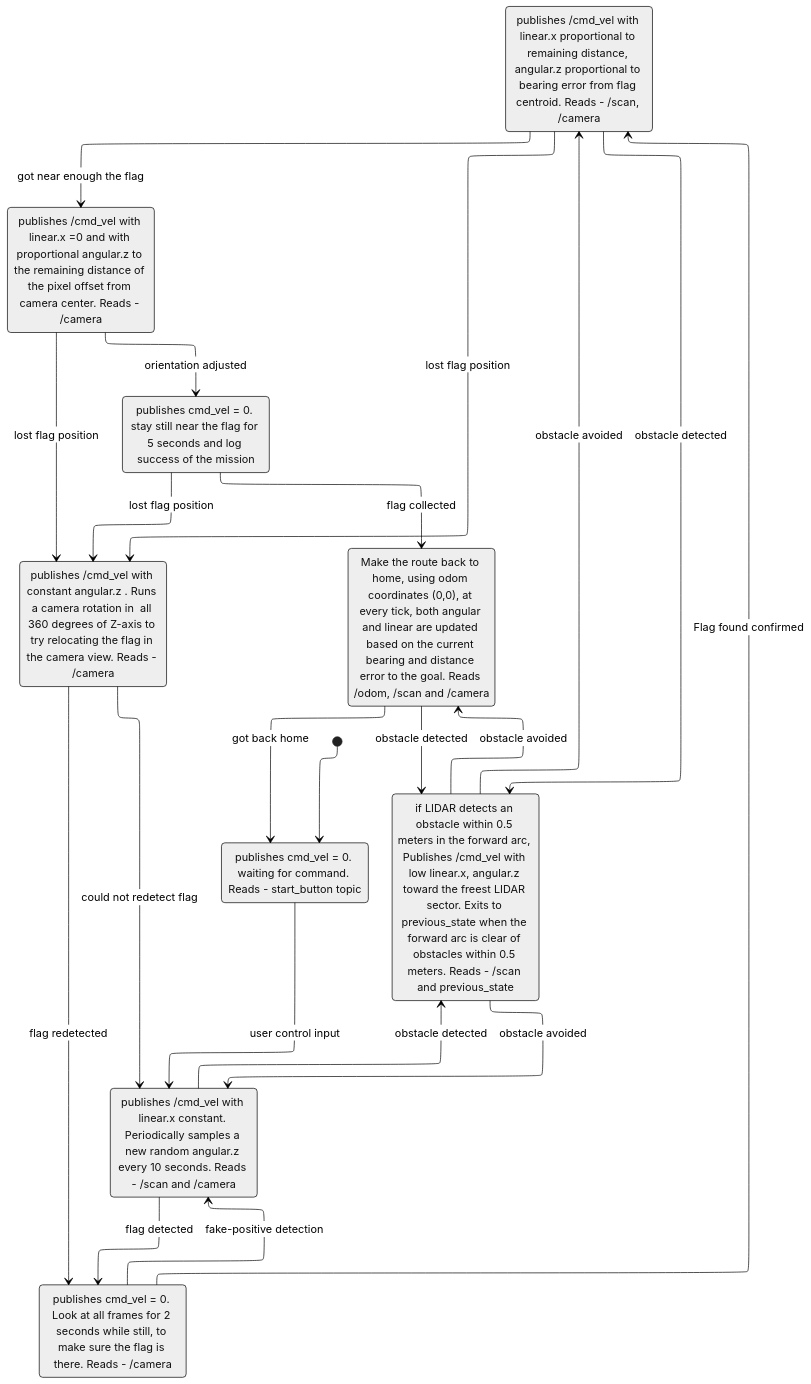
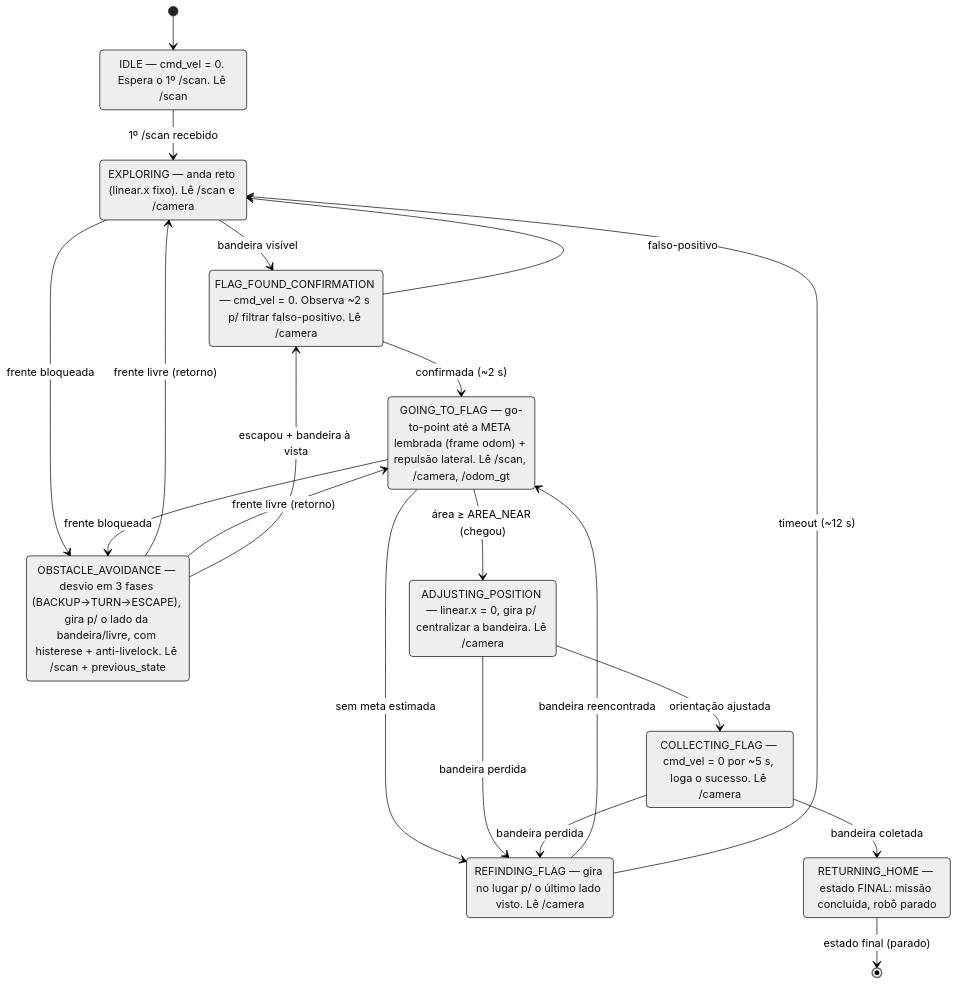
The diagram in fsm-diagram.md (Davi-nAraujo/capture_the_flag), drawn with Mermaid (neutral theme) before and after one commit. The commit also changed other lines of this file and 8 other files, not shown here.

````diff
--- a/fsm-diagram.md
+++ b/fsm-diagram.md
@@ -1,56 +8,42 @@
 ```mermaid
----
-config:
-    layout: elk
----
 stateDiagram-v2
 
-    IDLE : publishes cmd_vel = 0. waiting for command. Reads - start_button topic
-    
-    EXPLORING : publishes /cmd_vel with linear.x constant. Periodically samples a new random angular.z every 10 seconds. Reads - /scan and /camera
-
-    OBSTACLE_AVOIDANCE : if LIDAR detects an obstacle within 0.5 meters in the forward arc, Publishes /cmd_vel with low linear.x, angular.z toward the freest LIDAR sector. Exits to previous_state when the forward arc is clear of obstacles within 0.5 meters. Reads - /scan and previous_state
-    
-    FLAG_FOUND_CONFIRMATION : publishes cmd_vel = 0. Look at all frames for 2 seconds while still, to make sure the flag is there. Reads - /camera
-
-    GOING_TO_FLAG : publishes /cmd_vel with linear.x proportional to remaining distance, angular.z proportional to bearing error from flag centroid. Reads - /scan, /camera
-
-    REFINDING_FLAG : publishes /cmd_vel with constant angular.z . Runs a camera rotation in  all 360 degrees of Z-axis to try relocating the flag in the camera view. Reads - /camera
-
-    ADJUSTING_POSITION_TO_COLLECT_FLAG : publishes /cmd_vel with linear.x =0 and with proportional angular.z to the remaining distance of the pixel offset from camera center. Reads - /camera
-
-    COLLECTING_FLAG : publishes cmd_vel = 0. stay still near the flag for 5 seconds and log success of the mission
-
-    RETURNING_HOME : Make the route back to home, using odom coordinates (0,0), at every tick, both angular and linear are updated based on the current bearing and distance error to the goal. Reads /odom, /scan and /camera
+    IDLE : IDLE — cmd_vel = 0. Espera o 1º /scan. Lê /scan
+    EXPLORING : EXPLORING — anda reto (linear.x fixo). Lê /scan e /camera
+    OBSTACLE_AVOIDANCE : OBSTACLE_AVOIDANCE — desvio em 3 fases (BACKUP→TURN→ESCAPE), gira p/ o lado da bandeira/livre, com histerese + anti-livelock. Lê /scan + previous_state
+    FLAG_FOUND_CONFIRMATION : FLAG_FOUND_CONFIRMATION — cmd_vel = 0. Observa ~2 s p/ filtrar falso-positivo. Lê /camera
+    GOING_TO_FLAG : GOING_TO_FLAG — go-to-point até a META lembrada (frame odom) + repulsão lateral. Lê /scan, /camera, /odom_gt
+    REFINDING_FLAG : REFINDING_FLAG — gira no lugar p/ o último lado visto. Lê /camera
+    ADJUSTING_POSITION_TO_COLLECT_FLAG : ADJUSTING_POSITION — linear.x = 0, gira p/ centralizar a bandeira. Lê /camera
+    COLLECTING_FLAG : COLLECTING_FLAG — cmd_vel = 0 por ~5 s, loga o sucesso. Lê /camera
+    RETURNING_HOME : RETURNING_HOME — estado FINAL: missão concluída, robô parado
 
     [*] --> IDLE
 
-    IDLE --> EXPLORING : user control input
+    IDLE --> EXPLORING : 1º /scan recebido
 
-    EXPLORING --> FLAG_FOUND_CONFIRMATION : flag detected
-    EXPLORING --> OBSTACLE_AVOIDANCE : obstacle detected
+    EXPLORING --> FLAG_FOUND_CONFIRMATION : bandeira visível
+    EXPLORING --> OBSTACLE_AVOIDANCE : frente bloqueada
 
-    OBSTACLE_AVOIDANCE --> EXPLORING : obstacle avoided
-    OBSTACLE_AVOIDANCE --> GOING_TO_FLAG : obstacle avoided
-    OBSTACLE_AVOIDANCE --> RETURNING_HOME : obstacle avoided
+    OBSTACLE_AVOIDANCE --> EXPLORING : frente livre (retorno)
+    OBSTACLE_AVOIDANCE --> GOING_TO_FLAG : frente livre (retorno)
+    OBSTACLE_AVOIDANCE --> FLAG_FOUND_CONFIRMATION : escapou + bandeira à vista
 
-    FLAG_FOUND_CONFIRMATION --> EXPLORING : fake-positive detection
-    FLAG_FOUND_CONFIRMATION --> GOING_TO_FLAG : Flag found confirmed
+    FLAG_FOUND_CONFIRMATION --> GOING_TO_FLAG : confirmada (~2 s)
+    FLAG_FOUND_CONFIRMATION --> EXPLORING : falso-positivo
 
-    GOING_TO_FLAG --> REFINDING_FLAG : lost flag position
-    GOING_TO_FLAG --> ADJUSTING_POSITION_TO_COLLECT_FLAG : got near enough the flag
-    GOING_TO_FLAG --> OBSTACLE_AVOIDANCE : obstacle detected
+    GOING_TO_FLAG --> ADJUSTING_POSITION_TO_COLLECT_FLAG : área ≥ AREA_NEAR (chegou)
+    GOING_TO_FLAG --> OBSTACLE_AVOIDANCE : frente bloqueada
+    GOING_TO_FLAG --> REFINDING_FLAG : sem meta estimada
 
-    REFINDING_FLAG -->EXPLORING : could not redetect flag
-    REFINDING_FLAG -->FLAG_FOUND_CONFIRMATION : flag redetected
+    REFINDING_FLAG --> GOING_TO_FLAG : bandeira reencontrada
+    REFINDING_FLAG --> EXPLORING : timeout (~12 s)
 
-    ADJUSTING_POSITION_TO_COLLECT_FLAG --> COLLECTING_FLAG : orientation adjusted
-    ADJUSTING_POSITION_TO_COLLECT_FLAG --> REFINDING_FLAG : lost flag position
+    ADJUSTING_POSITION_TO_COLLECT_FLAG --> COLLECTING_FLAG : orientação ajustada
+    ADJUSTING_POSITION_TO_COLLECT_FLAG --> REFINDING_FLAG : bandeira perdida
 
-    COLLECTING_FLAG --> RETURNING_HOME : flag collected
-    COLLECTING_FLAG --> REFINDING_FLAG : lost flag position
+    COLLECTING_FLAG --> RETURNING_HOME : bandeira coletada
+    COLLECTING_FLAG --> REFINDING_FLAG : bandeira perdida
 
-    RETURNING_HOME --> IDLE : got back home
-    RETURNING_HOME --> OBSTACLE_AVOIDANCE : obstacle detected
-
+    RETURNING_HOME --> [*] : estado final (parado)
 ```
````
